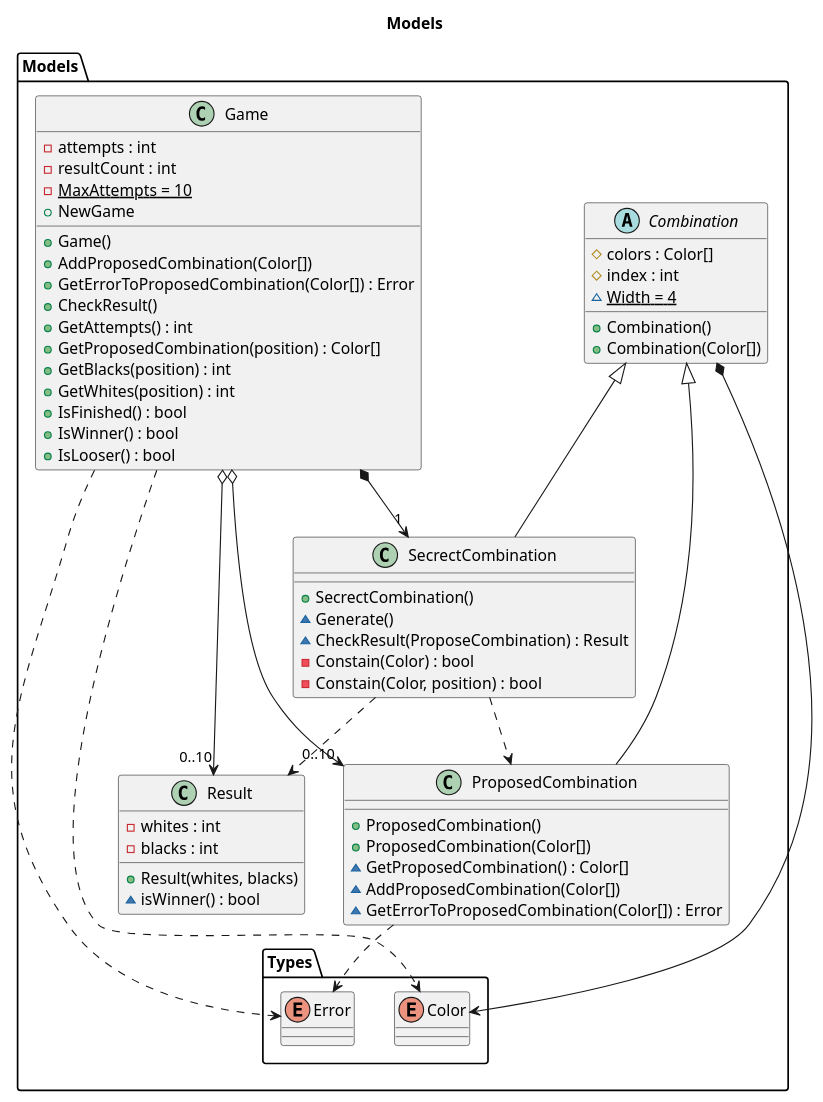
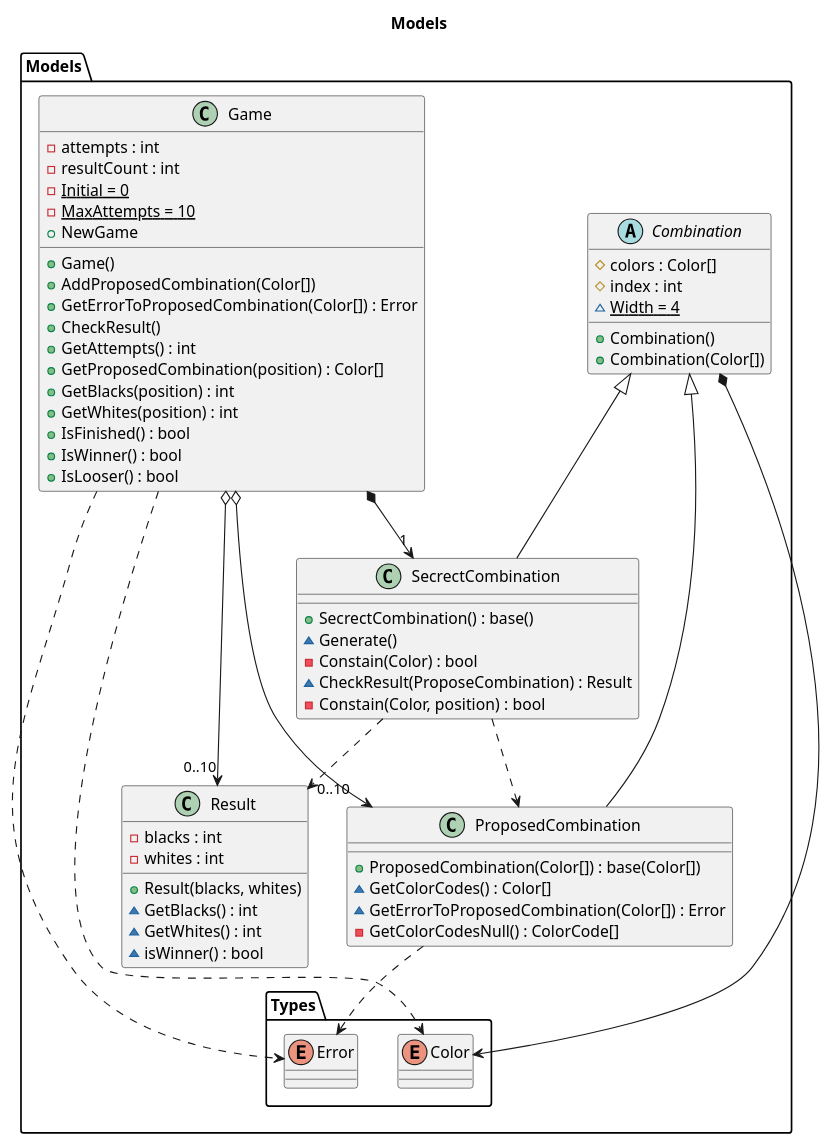
The diagram in src/Mastermind/DocumentView/WitOutFactoryMethod/Docs/Models.plantuml (franpaulinoinfante/MasterSoftwareDevelopment), drawn with PlantUML before and after one commit. The commit also changed 3 other files, not shown here.

```diff
--- a/src/Mastermind/DocumentView/WitOutFactoryMethod/Docs/Models.plantuml
+++ b/src/Mastermind/DocumentView/WitOutFactoryMethod/Docs/Models.plantuml
@@ -1,67 +1,69 @@
 @startuml Models
 title Models
 namespace Models{
     class Game{
         -attempts : int
         -resultCount : int
+        -{static}Initial = 0
         -{static}MaxAttempts = 10
         +Game()
         +NewGame
         +AddProposedCombination(Color[])
         +GetErrorToProposedCombination(Color[]) : Error
         +CheckResult()
         +GetAttempts() : int
         +GetProposedCombination(position) : Color[]
         +GetBlacks(position) : int
         +GetWhites(position) : int
         +IsFinished() : bool
         +IsWinner() : bool
         +IsLooser() : bool
     }
     Game *--> "1" SecrectCombination
     Game o--> "0..10" ProposedCombination
     Game o--> "0..10" Result
     Game ..> Types.Color
     Game ..> Types.Error
 
     abstract Combination{
         #colors : Color[]
         #index : int
         ~{static} Width = 4
         +Combination()
         +Combination(Color[])
     }
     Combination <|-- SecrectCombination
     Combination <|-- ProposedCombination
     Combination *--> Types.Color
 
     class SecrectCombination{
-        +SecrectCombination()
+        +SecrectCombination() : base()
         ~Generate()
+        -Constain(Color) : bool
         ~CheckResult(ProposeCombination) : Result
-        -Constain(Color) : bool
         -Constain(Color, position) : bool
     }
     SecrectCombination ..> ProposedCombination
     SecrectCombination ..> Result
 
     class ProposedCombination{
-        +ProposedCombination()
-        +ProposedCombination(Color[])
-        ~GetProposedCombination() : Color[]
-        ~AddProposedCombination(Color[])
+        +ProposedCombination(Color[]) : base(Color[])
+        ~GetColorCodes() : Color[]
         ~GetErrorToProposedCombination(Color[]) : Error
+        -GetColorCodesNull() : ColorCode[]
     }
     ProposedCombination ..> Types.Error
 
     class Result{
+        -blacks : int
         -whites : int
-        -blacks : int
-        +Result(whites, blacks)
+        +Result(blacks, whites)
+        ~GetBlacks() : int
+        ~GetWhites() : int
         ~isWinner() : bool
     }
 
     enum Types.Color{}
     enum Types.Error{}
 }
 @enduml
```
